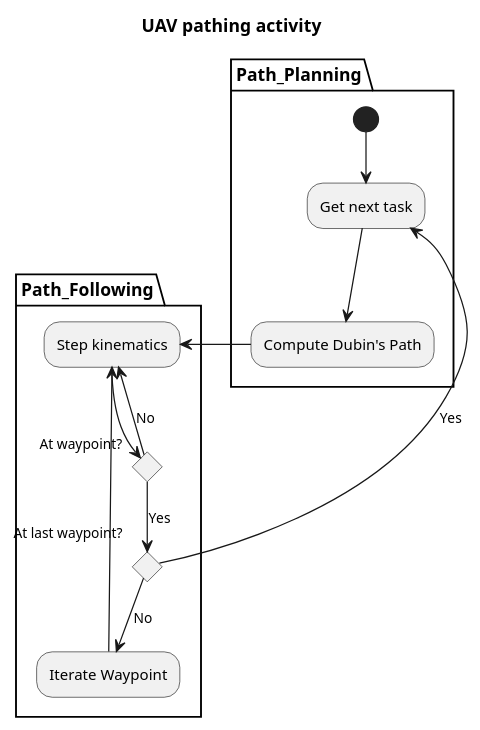
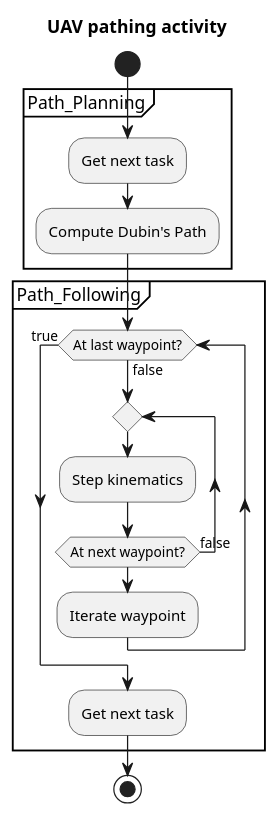
The diagram in dissertation/diagrams/uav_activity_pathing.pu (tansir1/thesis), drawn with PlantUML before and after one commit.

Commit message:
Updated UAV pathing to latest syntax of PlantUML.

```diff
--- a/dissertation/diagrams/uav_activity_pathing.pu
+++ b/dissertation/diagrams/uav_activity_pathing.pu
@@ -1,26 +1,26 @@
 @startuml
 
 title UAV pathing activity
 
+start
 partition Path_Planning {
-(*) --> "Get next task" as next
---> "Compute Dubin's Path"
+:Get next task;
+:Compute Dubin's Path;
 }
 
 partition Path_Following {
--r-> "Step kinematics" as step
 
-step --> if "At waypoint?" then
-  -->[Yes] if "At last waypoint?" then
-            -->[Yes] next
-          else
-            -->[No] "Iterate Waypoint"
-            -l-> step
-          endif
-else
-  -->[No] step
-endif
+while (At last waypoint?) is (false)
+  repeat
+    :Step kinematics;
+  repeat while(At next waypoint?) is (false)
+  :Iterate waypoint;
+endwhile (true)
+:Get next task;
+
 }
+
+stop
 
 
 @enduml
```
